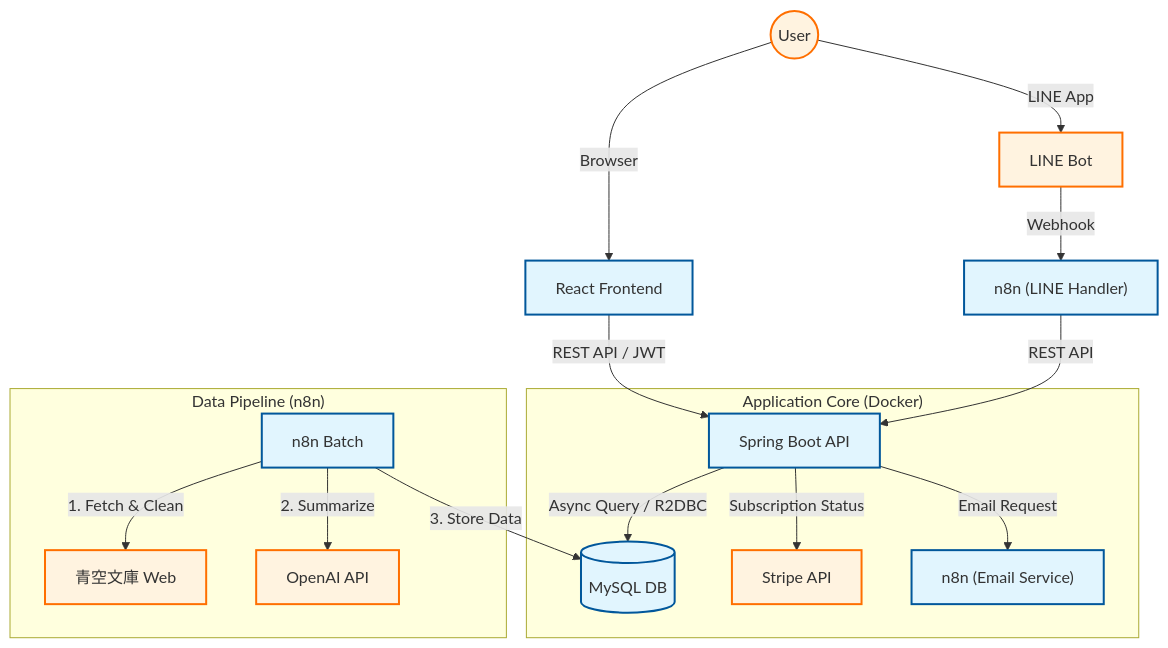
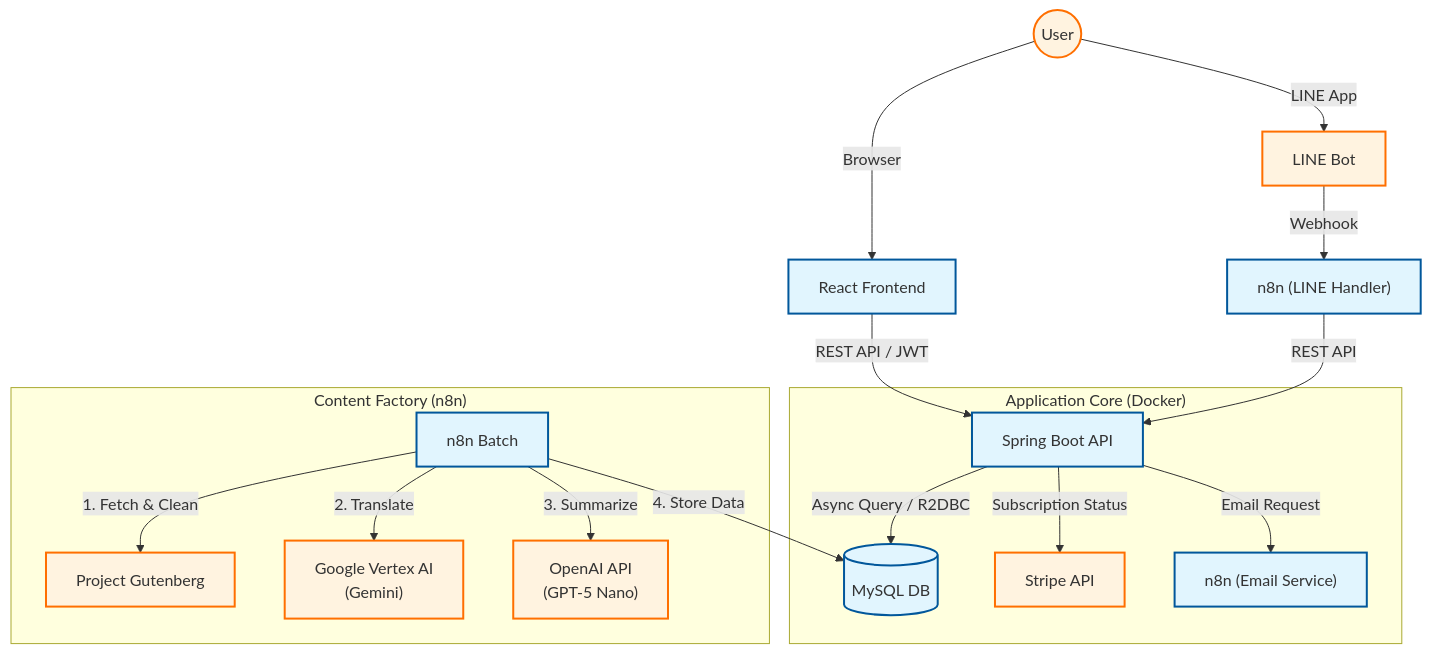
Before and after one commit to xtq453xs-star/smartbrief: the diagram in docs/system-architecture-public.md, drawn with Mermaid. The commit also changed other lines of this file and 1 other file, not shown here.

````diff
--- a/docs/system-architecture-public.md
+++ b/docs/system-architecture-public.md
@@ -57,31 +58,32 @@
 ```mermaid
 graph TD
     %% ユーザーからのアクセスフロー
     User((User)) -->|Browser| FE[React Frontend]
     User -->|LINE App| LINE[LINE Bot]
     
     FE -->|REST API / JWT| BE[Spring Boot API]
     
     %% LINE連携
     LINE -->|Webhook| n8n_bot["n8n (LINE Handler)"]
     n8n_bot -->|REST API| BE
     
     %% アプリケーションコア
     subgraph "Application Core (Docker)"
         BE -->|Async Query / R2DBC| DB[("MySQL DB")]
         BE -->|Subscription Status| Stripe[Stripe API]
         BE -->|Email Request| n8n_mail["n8n (Email Service)"]
     end
     
     %% 裏側のデータパイプライン
-    subgraph "Data Pipeline (n8n)"
-        n8n_batch[n8n Batch] -->|1. Fetch & Clean| Aozora[青空文庫 Web]
-        n8n_batch -->|2. Summarize| OpenAI[OpenAI API]
-        n8n_batch -->|3. Store Data| DB
+    subgraph "Content Factory (n8n)"
+        n8n_batch[n8n Batch] -->|1. Fetch & Clean| Gutenberg[Project Gutenberg]
+        n8n_batch -->|2. Translate| Vertex["Google Vertex AI<br/>(Gemini)"]
+        n8n_batch -->|3. Summarize| OpenAI["OpenAI API<br/>(GPT-5 Nano)"]
+        n8n_batch -->|4. Store Data| DB
     end
 
     classDef container fill:#e1f5fe,stroke:#01579b,stroke-width:2px;
     classDef external fill:#fff3e0,stroke:#ff6f00,stroke-width:2px;
     class FE,BE,n8n_bot,n8n_mail,n8n_batch,DB container;
-    class User,Stripe,Aozora,OpenAI,LINE external;
+    class User,Stripe,Gutenberg,Vertex,OpenAI,LINE external;
 ```
````
